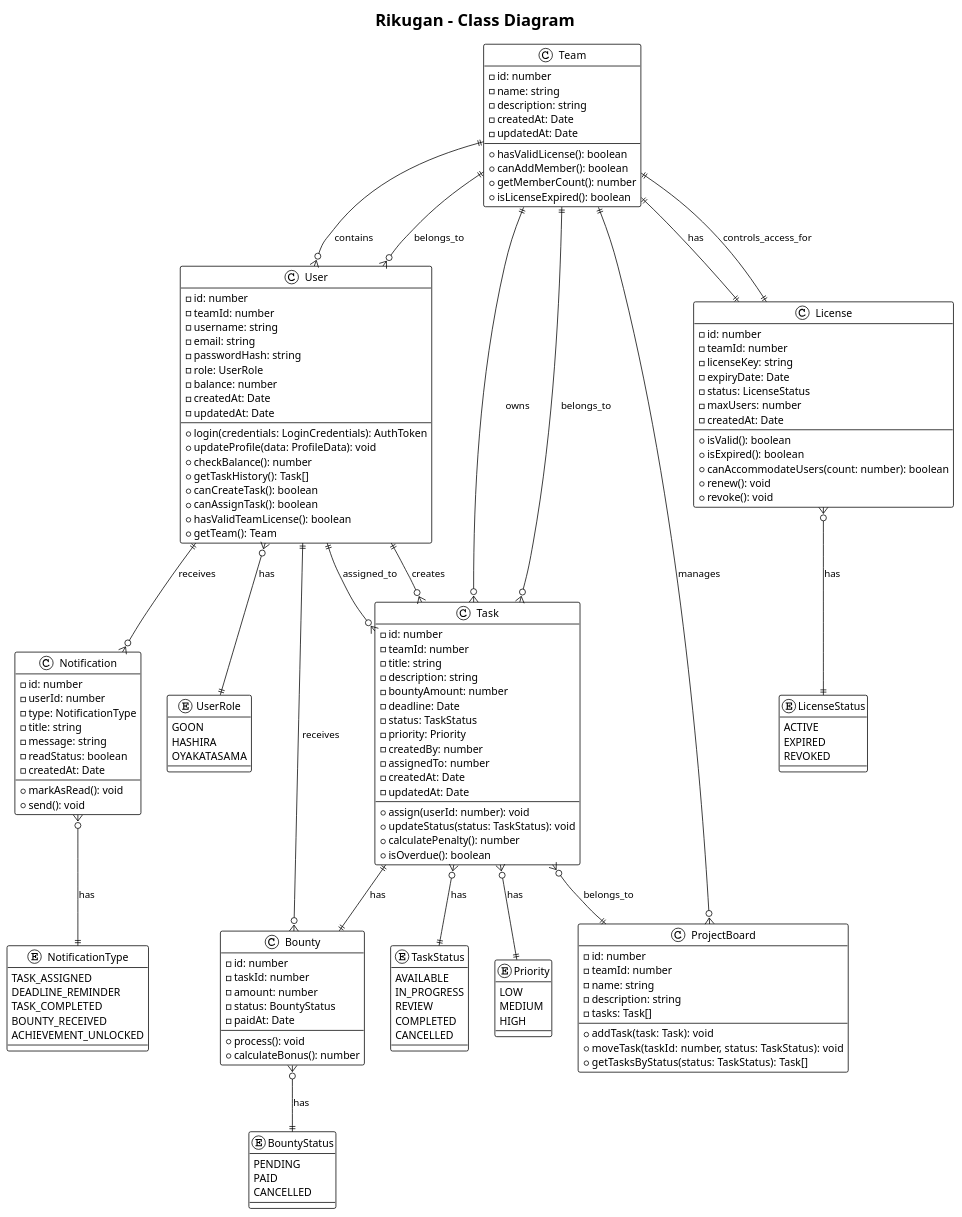
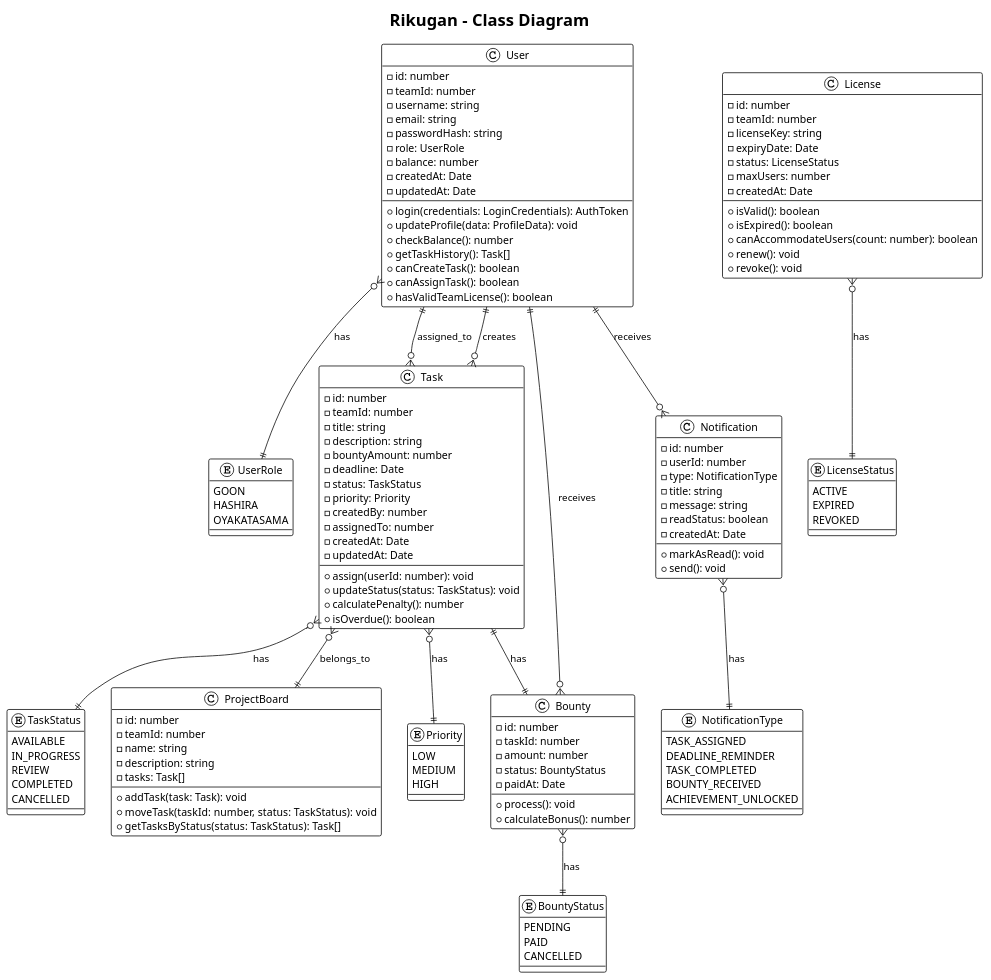
Before and after one commit to AvalonRuFae/3100: the sixth of 14 diagrams in design_docs/uml-diagrams.wsd, drawn with PlantUML. The commit also changed other lines of this file and 5 other files, not shown here.

```diff
--- a/design_docs/uml-diagrams.wsd
+++ b/design_docs/uml-diagrams.wsd
@@ -321,172 +321,151 @@
 @startuml Rikugan_Class_Diagram
 !theme plain
 title Rikugan - Class Diagram
-
-class Team {
-  -id: number
-  -name: string
-  -description: string
-  -createdAt: Date
-  -updatedAt: Date
-  +hasValidLicense(): boolean
-  +canAddMember(): boolean
-  +getMemberCount(): number
-  +isLicenseExpired(): boolean
-}
 
 class User {
   -id: number
   -teamId: number
   -username: string
   -email: string
   -passwordHash: string
   -role: UserRole
   -balance: number
   -createdAt: Date
   -updatedAt: Date
   +login(credentials: LoginCredentials): AuthToken
   +updateProfile(data: ProfileData): void
   +checkBalance(): number
   +getTaskHistory(): Task[]
   +canCreateTask(): boolean
   +canAssignTask(): boolean
   +hasValidTeamLicense(): boolean
-  +getTeam(): Team
 }
 
 enum UserRole {
   GOON
   HASHIRA
   OYAKATASAMA
 }
 
 class Task {
   -id: number
   -teamId: number
   -title: string
   -description: string
   -bountyAmount: number
   -deadline: Date
   -status: TaskStatus
   -priority: Priority
   -createdBy: number
   -assignedTo: number
   -createdAt: Date
   -updatedAt: Date
   +assign(userId: number): void
   +updateStatus(status: TaskStatus): void
   +calculatePenalty(): number
   +isOverdue(): boolean
 }
 
 enum TaskStatus {
   AVAILABLE
   IN_PROGRESS
   REVIEW
   COMPLETED
   CANCELLED
 }
 
 enum Priority {
   LOW
   MEDIUM
   HIGH
 }
 
 class Bounty {
   -id: number
   -taskId: number
   -amount: number
   -status: BountyStatus
   -paidAt: Date
   +process(): void
   +calculateBonus(): number
 }
 
 enum BountyStatus {
   PENDING
   PAID
   CANCELLED
 }
 
 class Notification {
   -id: number
   -userId: number
   -type: NotificationType
   -title: string
   -message: string
   -readStatus: boolean
   -createdAt: Date
   +markAsRead(): void
   +send(): void
 }
 
 enum NotificationType {
   TASK_ASSIGNED
   DEADLINE_REMINDER
   TASK_COMPLETED
   BOUNTY_RECEIVED
   ACHIEVEMENT_UNLOCKED
 }
 
 class License {
   -id: number
   -teamId: number
   -licenseKey: string
   -expiryDate: Date
   -status: LicenseStatus
   -maxUsers: number
   -createdAt: Date
   +isValid(): boolean
   +isExpired(): boolean
   +canAccommodateUsers(count: number): boolean
   +renew(): void
   +revoke(): void
 }
 
 enum LicenseStatus {
   ACTIVE
   EXPIRED
   REVOKED
 }
 
 class ProjectBoard {
   -id: number
   -teamId: number
   -name: string
   -description: string
   -tasks: Task[]
   +addTask(task: Task): void
   +moveTask(taskId: number, status: TaskStatus): void
   +getTasksByStatus(status: TaskStatus): Task[]
 }
 
-' Team relationships
-Team ||--|| License : has
-Team ||--o{ User : contains
-Team ||--o{ Task : owns
-Team ||--o{ ProjectBoard : manages
-
 ' User relationships
 User ||--o{ Task : creates
 User ||--o{ Task : assigned_to
 User ||--o{ Bounty : receives
 User ||--o{ Notification : receives
-User }o--|| Team : belongs_to
 
 ' Task relationships
 Task ||--|| Bounty : has
 Task }o--|| ProjectBoard : belongs_to
-Task }o--|| Team : belongs_to
 
 ' License relationship
-License ||--|| Team : controls_access_for
+' License is associated with teams via teamId field
 
 User }o--|| UserRole : has
 Task }o--|| TaskStatus : has
 Task }o--|| Priority : has
 Bounty }o--|| BountyStatus : has
 Notification }o--|| NotificationType : has
 License }o--|| LicenseStatus : has
 
 @enduml
```
